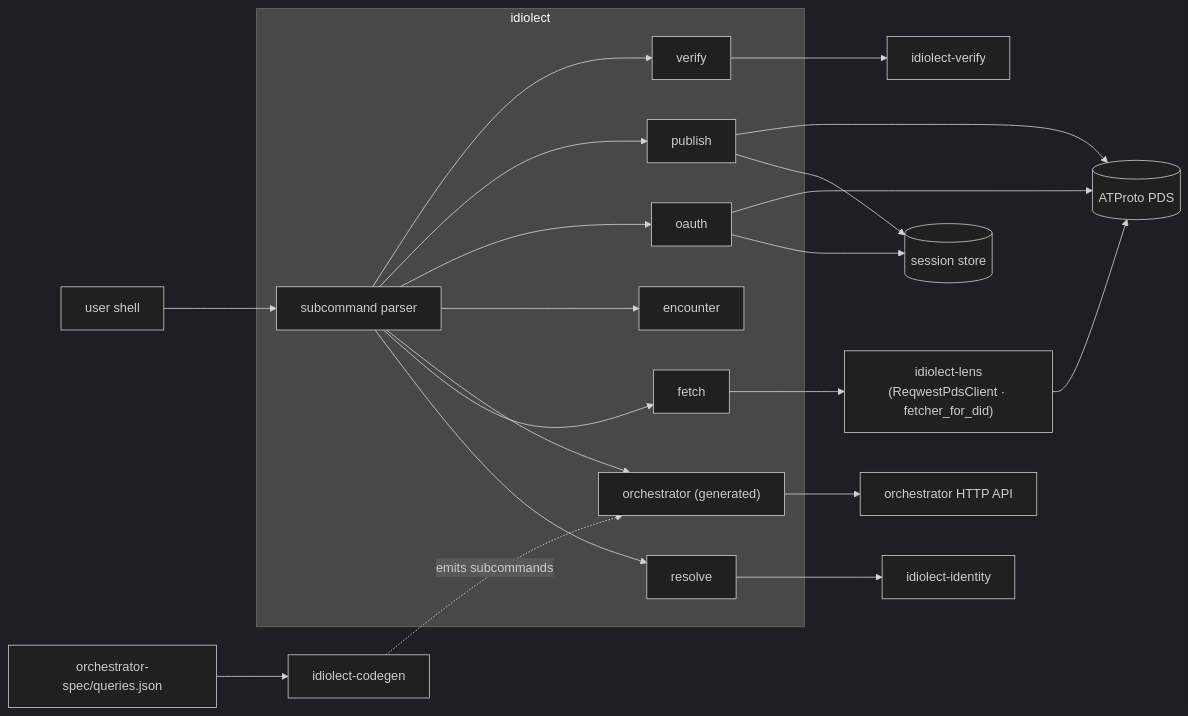
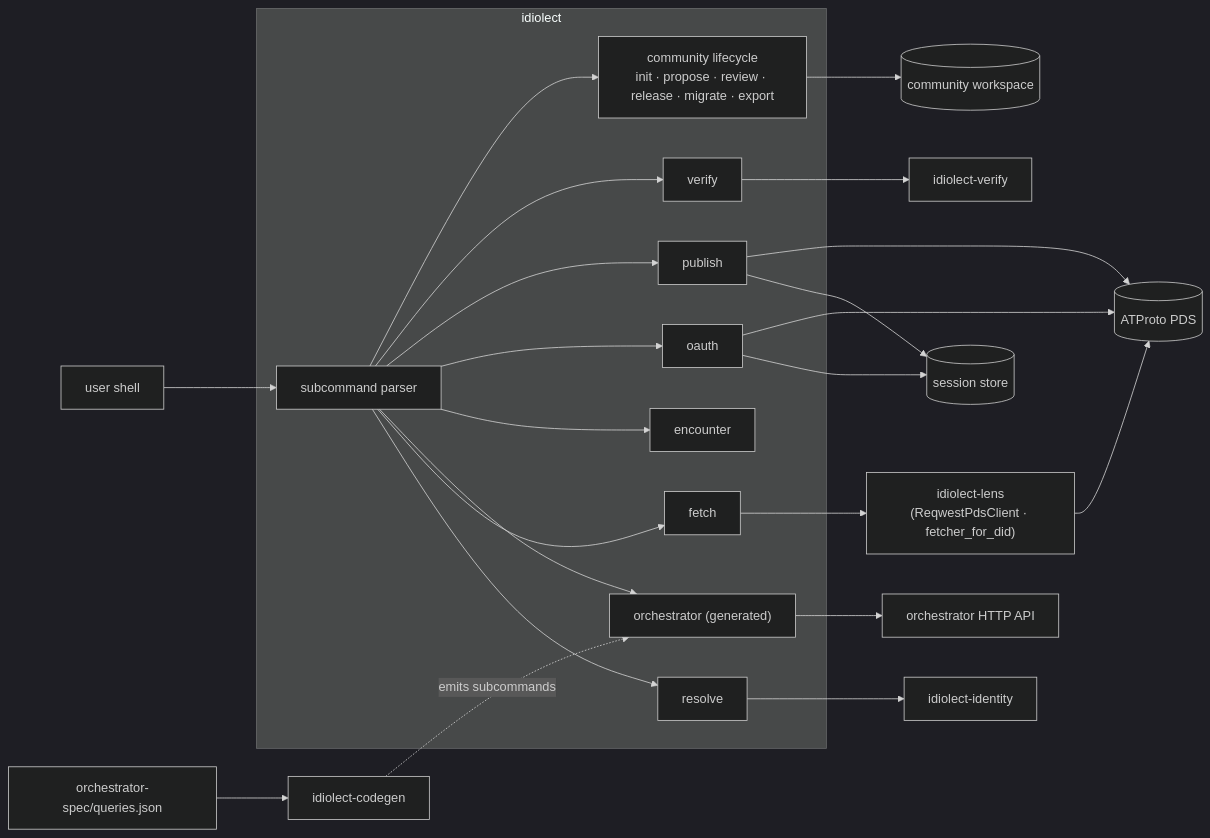
Before and after one commit to idiolect-dev/idiolect: the diagram in crates/idiolect-cli/README.md, drawn with Mermaid (dark theme). The commit also changed other lines of this file and 17 other files, not shown here.

````diff
--- a/crates/idiolect-cli/README.md
+++ b/crates/idiolect-cli/README.md
@@ -15,35 +31,38 @@
 ```mermaid
 flowchart LR
     USER["user shell"]
     subgraph cli["idiolect"]
         PARSER["subcommand parser"]
         RES["resolve"]
         FET["fetch"]
         ORCSUB["orchestrator (generated)"]
         ENC["encounter"]
         AUTH["oauth"]
         PUB["publish"]
         VER["verify"]
+        COM["community lifecycle<br/>init · propose · review · release · migrate · export"]
     end
     OSPEC["orchestrator-spec/queries.json"]
     CG["idiolect-codegen"]
 
     ID["idiolect-identity"]
     LENSP["idiolect-lens<br/>(ReqwestPdsClient · fetcher_for_did)"]
     STORE[("session store")]
+    WORK[("community workspace")]
     PDS[("ATProto PDS")]
     VERIFY["idiolect-verify"]
     ORCHTTP["orchestrator HTTP API"]
 
     USER --> PARSER
     PARSER --> RES --> ID
     PARSER --> FET --> LENSP --> PDS
     PARSER --> ORCSUB --> ORCHTTP
     PARSER --> ENC
     PARSER --> AUTH --> STORE
     AUTH --> PDS
     PARSER --> PUB --> STORE
     PUB --> PDS
     PARSER --> VER --> VERIFY
+    PARSER --> COM --> WORK
     OSPEC --> CG -.emits subcommands.-> ORCSUB
 ```
````
